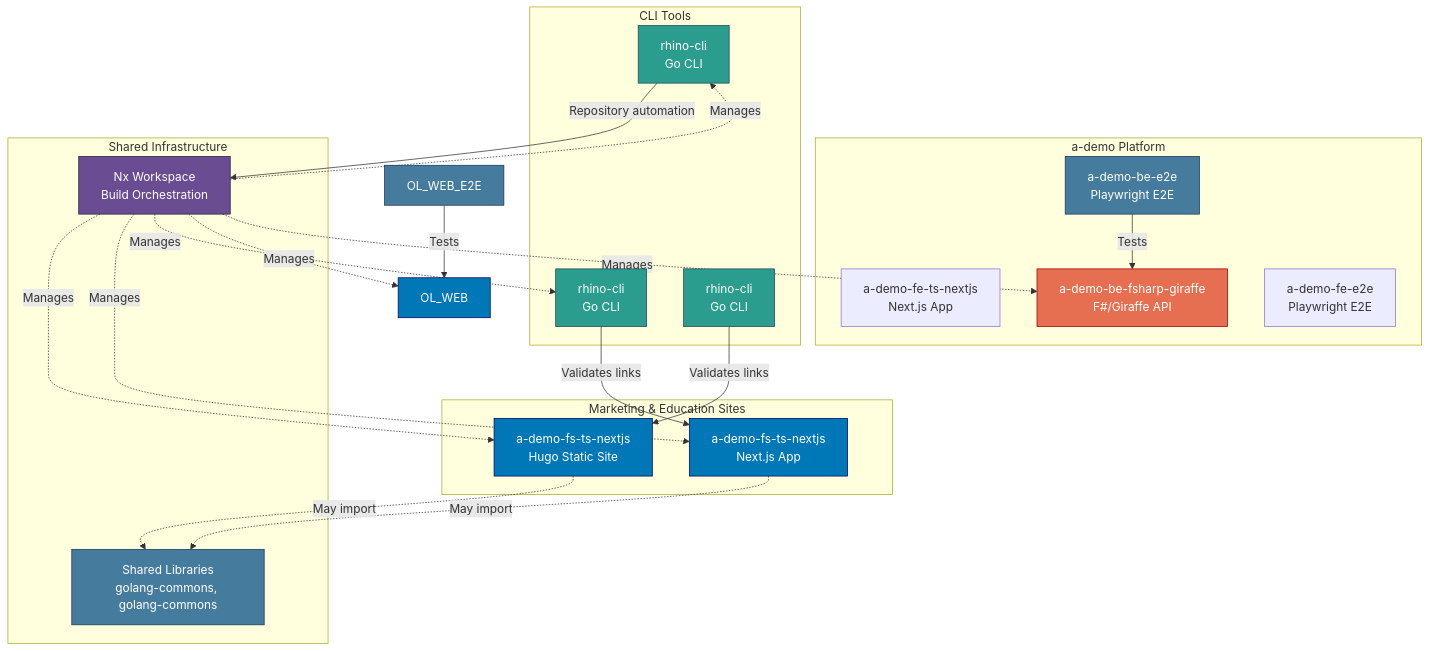
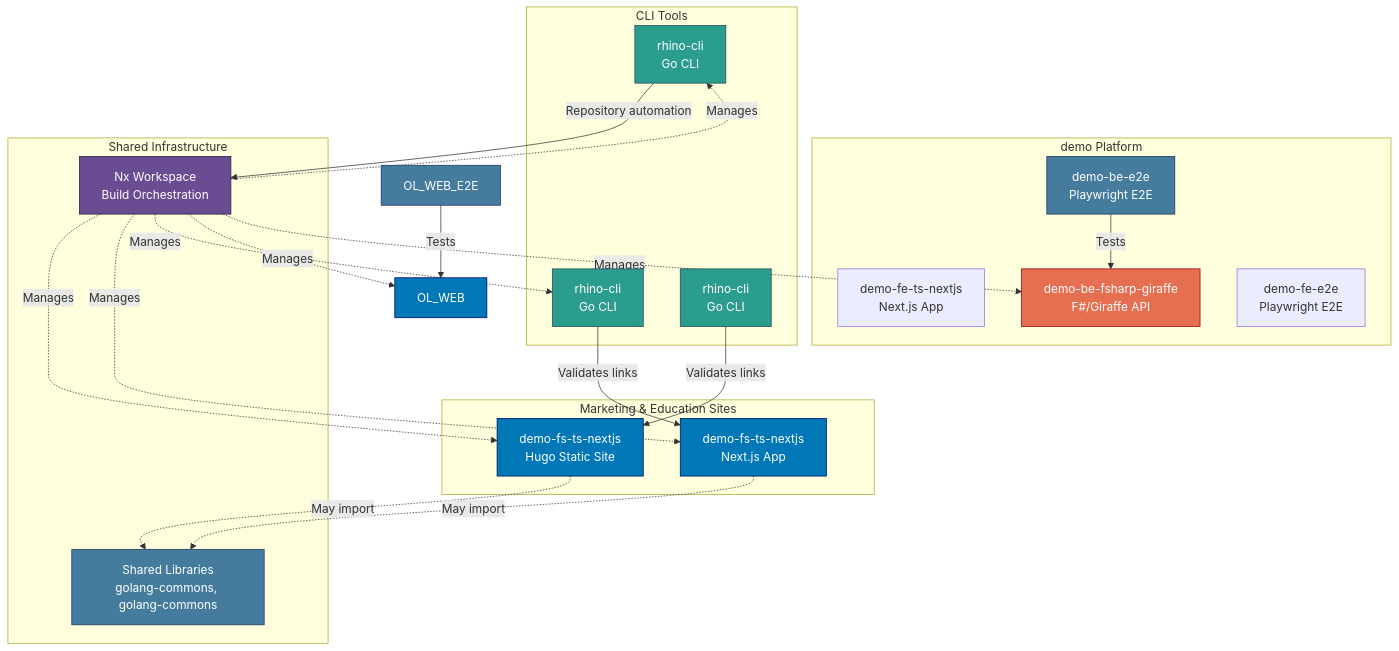
One commit to wahidyankf/ose-primer changed the diagram in docs/reference/system-architecture/applications.md. Above: the diagram before and after it, drawn with Mermaid. The commit also changed other lines of this file and 3064 other files, not shown here.

````diff
--- a/docs/reference/system-architecture/applications.md
+++ b/docs/reference/system-architecture/applications.md
@@ -127,53 +127,53 @@
 ```mermaid
 graph TB
     subgraph "Marketing & Education Sites"
-        OSE[a-demo-fs-ts-nextjs<br/>Hugo Static Site]
-        AYO[a-demo-fs-ts-nextjs<br/>Next.js App]
+        OSE[demo-fs-ts-nextjs<br/>Hugo Static Site]
+        AYO[demo-fs-ts-nextjs<br/>Next.js App]
     end
 
-    subgraph "a-demo Platform"
-        OL_FE[a-demo-fe-ts-nextjs<br/>Next.js App]
-        OL_BE[a-demo-be-fsharp-giraffe<br/>F#/Giraffe API]
-        OL_FE_E2E[a-demo-fe-e2e<br/>Playwright E2E]
-        OL_BE_E2E[a-demo-be-e2e<br/>Playwright E2E]
+    subgraph "demo Platform"
+        OL_FE[demo-fe-ts-nextjs<br/>Next.js App]
+        OL_BE[demo-be-fsharp-giraffe<br/>F#/Giraffe API]
+        OL_FE_E2E[demo-fe-e2e<br/>Playwright E2E]
+        OL_BE_E2E[demo-be-e2e<br/>Playwright E2E]
     end
 
     subgraph "CLI Tools"
         AYOCLI[rhino-cli<br/>Go CLI]
         RHINO[rhino-cli<br/>Go CLI]
         OSECLI[rhino-cli<br/>Go CLI]
     end
 
     subgraph "Shared Infrastructure"
         NX[Nx Workspace<br/>Build Orchestration]
         LIBS[Shared Libraries<br/>golang-commons, golang-commons]
     end
 
     AYOCLI -->|Validates links| AYO
     RHINO -->|Repository automation| NX
     OSECLI -->|Validates links| OSE
     OL_WEB_E2E -->|Tests| OL_WEB
     OL_BE_E2E -->|Tests| OL_BE
 
     NX -.->|Manages| OSE
     NX -.->|Manages| AYO
     NX -.->|Manages| AYOCLI
     NX -.->|Manages| RHINO
     NX -.->|Manages| OL_WEB
     NX -.->|Manages| OL_BE
 
     OSE -.->|May import| LIBS
     AYO -.->|May import| LIBS
 
     style OSE fill:#0077b6,stroke:#03045e,color:#ffffff
     style AYO fill:#0077b6,stroke:#03045e,color:#ffffff
     style OL_WEB fill:#0077b6,stroke:#03045e,color:#ffffff
     style OL_BE fill:#e76f51,stroke:#9d0208,color:#ffffff
     style OL_WEB_E2E fill:#457b9d,stroke:#1d3557,color:#ffffff
     style OL_BE_E2E fill:#457b9d,stroke:#1d3557,color:#ffffff
     style AYOCLI fill:#2a9d8f,stroke:#264653,color:#ffffff
     style RHINO fill:#2a9d8f,stroke:#264653,color:#ffffff
     style OSECLI fill:#2a9d8f,stroke:#264653,color:#ffffff
     style NX fill:#6a4c93,stroke:#22223b,color:#ffffff
     style LIBS fill:#457b9d,stroke:#1d3557,color:#ffffff
 ```
````
